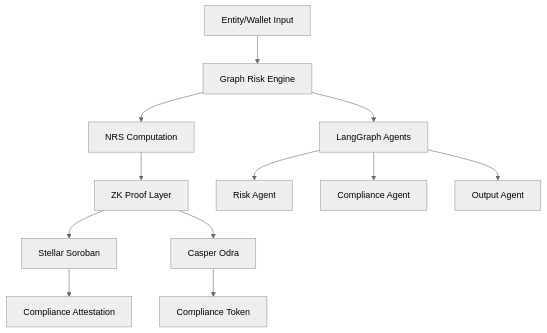
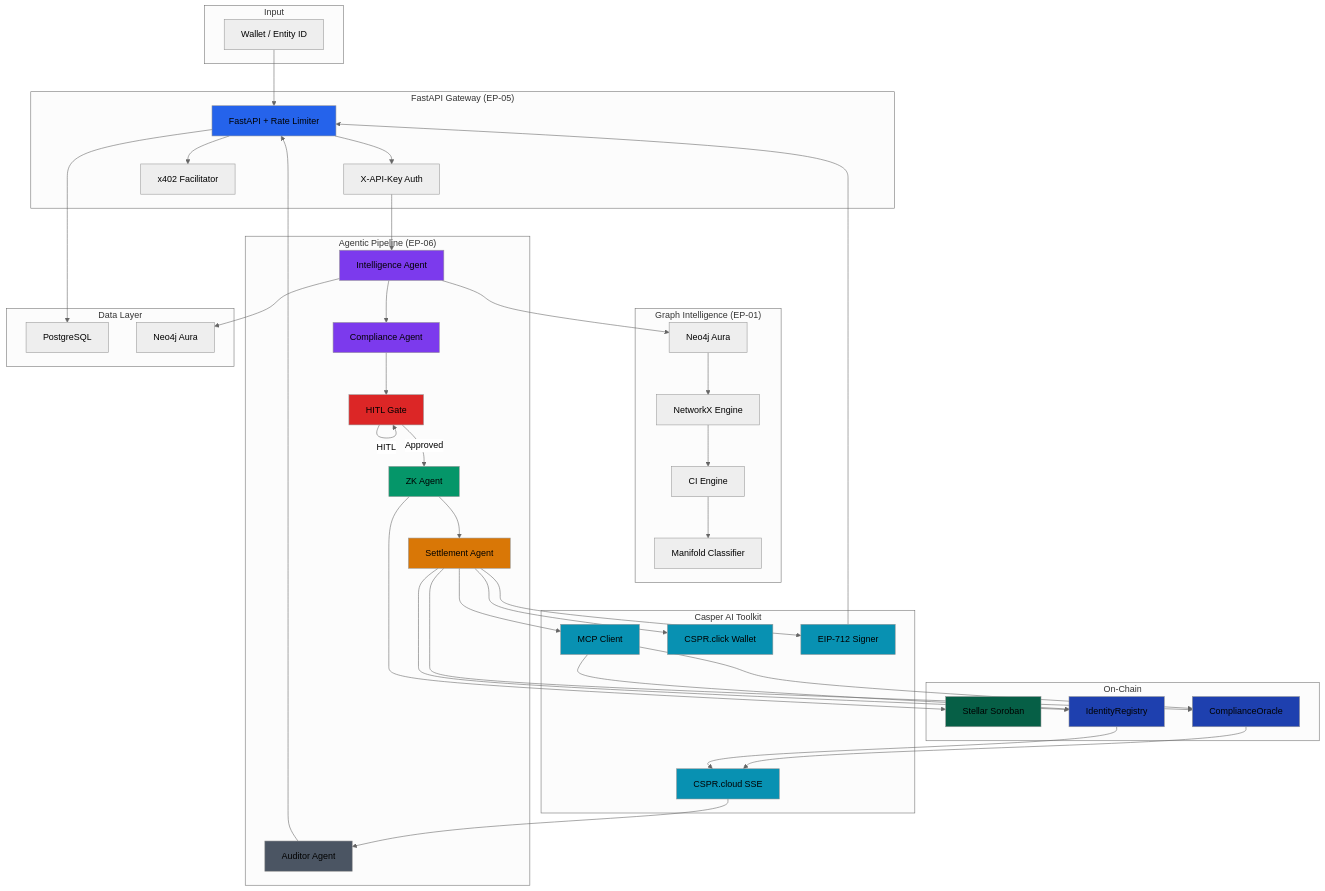
Before and after one commit to Godwin-88/stellcasp: the first of 4 diagrams in README.md, drawn with Mermaid (neutral theme). The commit also changed other lines of this file and 20 other files, not shown here.

````diff
--- a/README.md
+++ b/README.md
@@ -97,14 +290,90 @@
 ```mermaid
-graph TD
-    A[Entity/Wallet Input] --> B[Graph Risk Engine]
-    B --> C[NRS Computation]
-    C --> D[ZK Proof Layer]
-    D --> E[Stellar Soroban]
-    D --> F[Casper Odra]
-    E --> G[Compliance Attestation]
-    F --> H[Compliance Token]
-    B --> I[LangGraph Agents]
-    I --> J[Risk Agent]
-    I --> K[Compliance Agent]
-    I --> L[Output Agent]
+graph TB
+    subgraph "Input"
+        A[Wallet / Entity ID]
+    end
+
+    subgraph "FastAPI Gateway (EP-05)"
+        B[FastAPI + Rate Limiter]
+        C[X-API-Key Auth]
+        D[x402 Facilitator]
+    end
+
+    subgraph "Graph Intelligence (EP-01)"
+        E[Neo4j Aura]
+        F[NetworkX Engine]
+        G[CI Engine]
+        H[Manifold Classifier]
+    end
+
+    subgraph "Agentic Pipeline (EP-06)"
+        I[Intelligence Agent]
+        J[Compliance Agent]
+        K[HITL Gate]
+        L[ZK Agent]
+        M[Settlement Agent]
+        N[Auditor Agent]
+    end
+
+    subgraph "Casper AI Toolkit"
+        O[MCP Client]
+        P[CSPR.click Wallet]
+        Q[CSPR.cloud SSE]
+        R[EIP-712 Signer]
+    end
+
+    subgraph "On-Chain"
+        S[Stellar Soroban]
+        T[ComplianceOracle]
+        U[IdentityRegistry]
+    end
+
+    subgraph "Data Layer"
+        V[PostgreSQL]
+        W[Neo4j Aura]
+    end
+
+    A --> B
+    B --> C
+    C --> I
+    I --> E
+    E --> F
+    F --> G
+    G --> H
+    I --> J
+    J --> K
+    K -->|HITL| K
+    K -->|Approved| L
+    L --> M
+    M --> O
+    M --> P
+    O --> T
+    O --> U
+    M --> R
+    R --> B
+    T --> Q
+    U --> Q
+    Q --> N
+    N --> B
+    L --> S
+    M --> T
+    M --> U
+    B --> D
+    I --> W
+    B --> V
+
+    style B fill:#2563eb
+    style I fill:#7c3aed
+    style J fill:#7c3aed
+    style K fill:#dc2626
+    style L fill:#059669
+    style M fill:#d97706
+    style N fill:#4b5563
+    style O fill:#0891b2
+    style P fill:#0891b2
+    style Q fill:#0891b2
+    style R fill:#0891b2
+    style S fill:#065f46
+    style T fill:#1e40af
+    style U fill:#1e40af
 ```
````
